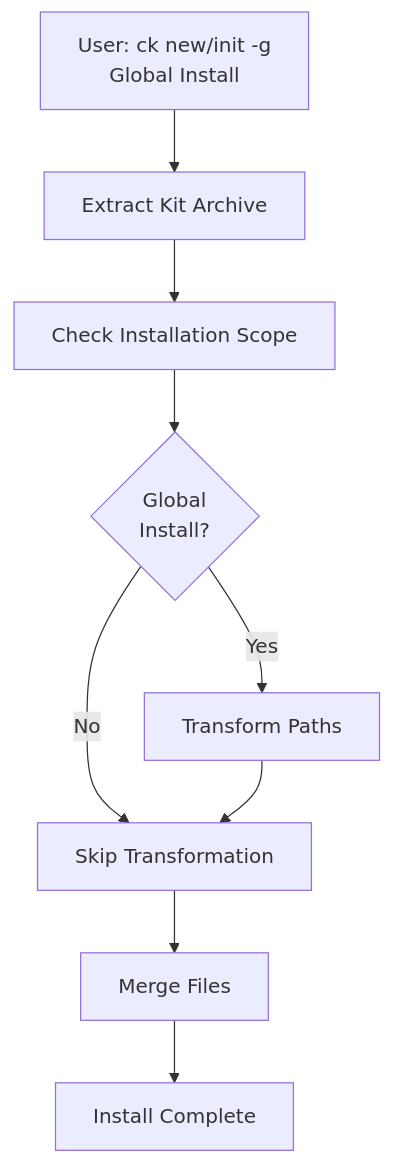
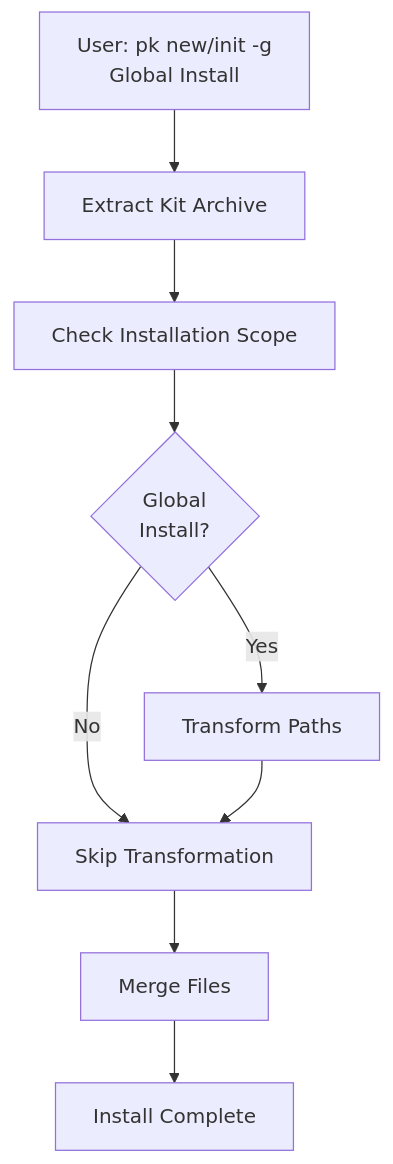
Before and after one commit to sagozen/pankit-cli: diagram 11 of 12 in docs/ck-command-flow-guide.md, drawn with Mermaid. The commit also changed other lines of this file and 275 other files, not shown here.

````diff
--- a/docs/ck-command-flow-guide.md
+++ b/docs/ck-command-flow-guide.md
@@ -568,10 +568,10 @@
 ```mermaid
 flowchart TD
-    A["User: ck new/init -g<br/>Global Install"] --> B["Extract Kit Archive"]
+    A["User: pk new/init -g<br/>Global Install"] --> B["Extract Kit Archive"]
     B --> C["Check Installation Scope"]
     C --> D{"Global<br/>Install?"}
     D -->|Yes| E["Transform Paths"]
     D -->|No| F["Skip Transformation"]
     E --> F --> G["Merge Files"]
     G --> H["Install Complete"]
 ```
````
